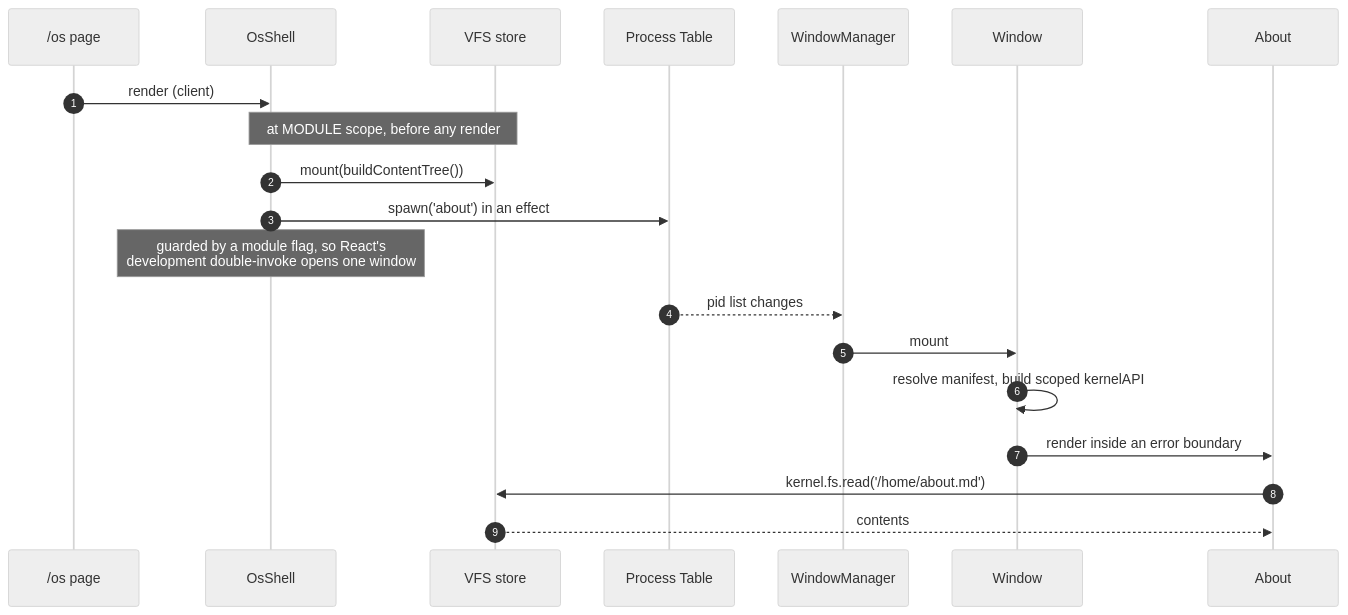
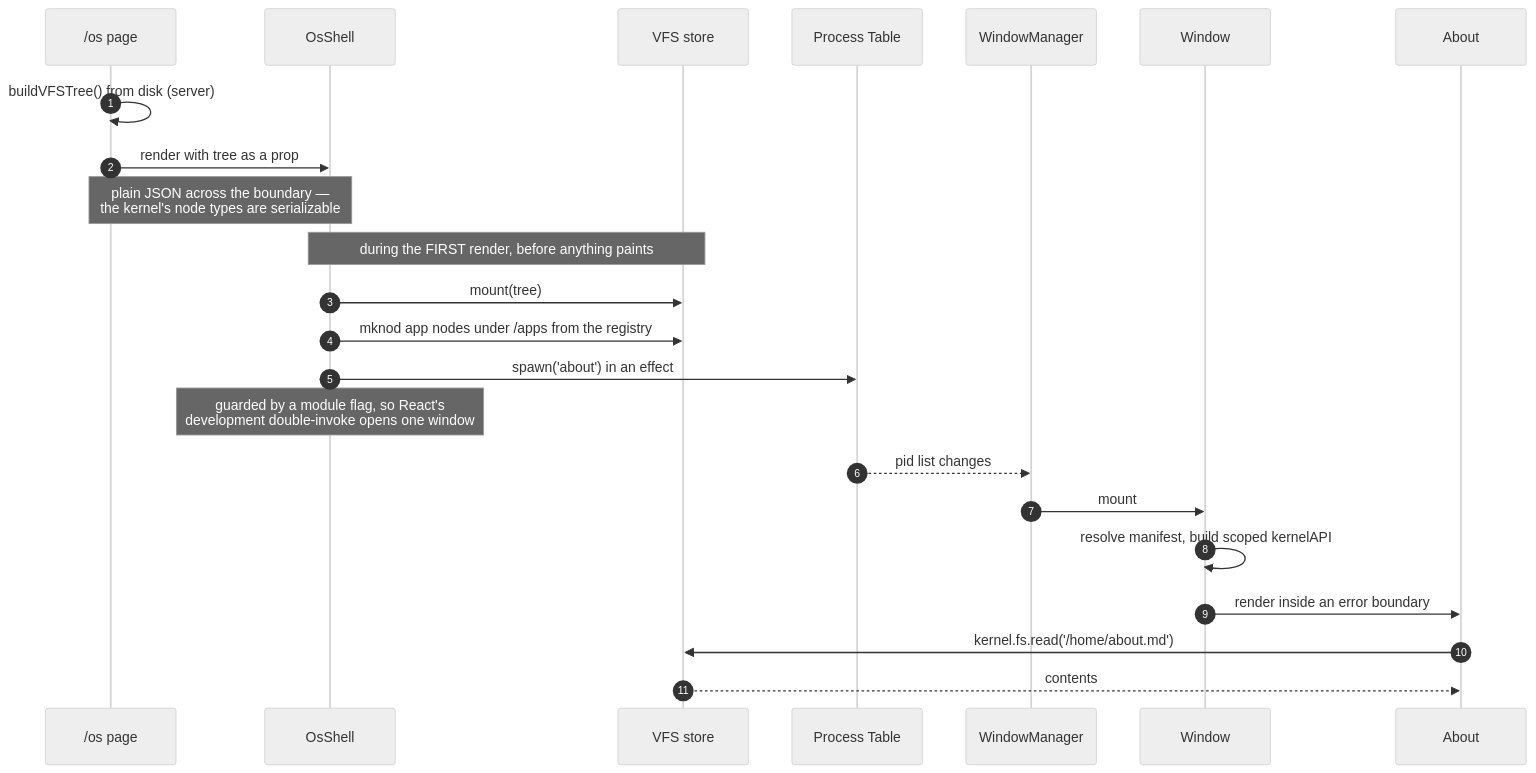
One commit to ijohnkojo/portfolio changed the fourth of 5 diagrams in docs/architecture.md. Above: the diagram before and after it, drawn with Mermaid (neutral theme). The commit also changed other lines of this file and 33 other files, not shown here.

First line of the commit message:
Content pipeline: MDX from disk, crawlable SSG routes, VFS from the same read

````diff
--- a/docs/architecture.md
+++ b/docs/architecture.md
@@ -300,23 +302,26 @@
 ```mermaid
 sequenceDiagram
     autonumber
     participant Page as /os page
     participant Shell as OsShell
     participant VFS as VFS store
     participant PROC as Process Table
     participant WM as WindowManager
     participant Win as Window
     participant App as About
 
-    Page->>Shell: render (client)
-    Note over Shell,VFS: at MODULE scope, before any render
-    Shell->>VFS: mount(buildContentTree())
+    Page->>Page: buildVFSTree() from disk (server)
+    Page->>Shell: render with tree as a prop
+    Note over Page,Shell: plain JSON across the boundary —<br/>the kernel's node types are serializable
+    Note over Shell,VFS: during the FIRST render, before anything paints
+    Shell->>VFS: mount(tree)
+    Shell->>VFS: mknod app nodes under /apps from the registry
     Shell->>PROC: spawn('about') in an effect
     Note over Shell: guarded by a module flag, so React's<br/>development double-invoke opens one window
     PROC-->>WM: pid list changes
     WM->>Win: mount
     Win->>Win: resolve manifest, build scoped kernelAPI
     Win->>App: render inside an error boundary
     App->>VFS: kernel.fs.read('/home/about.md')
     VFS-->>App: contents
 ```
````
